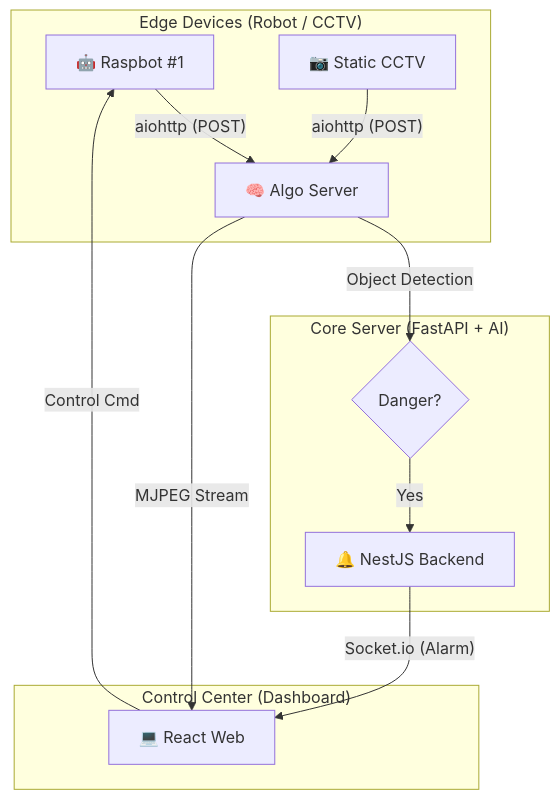
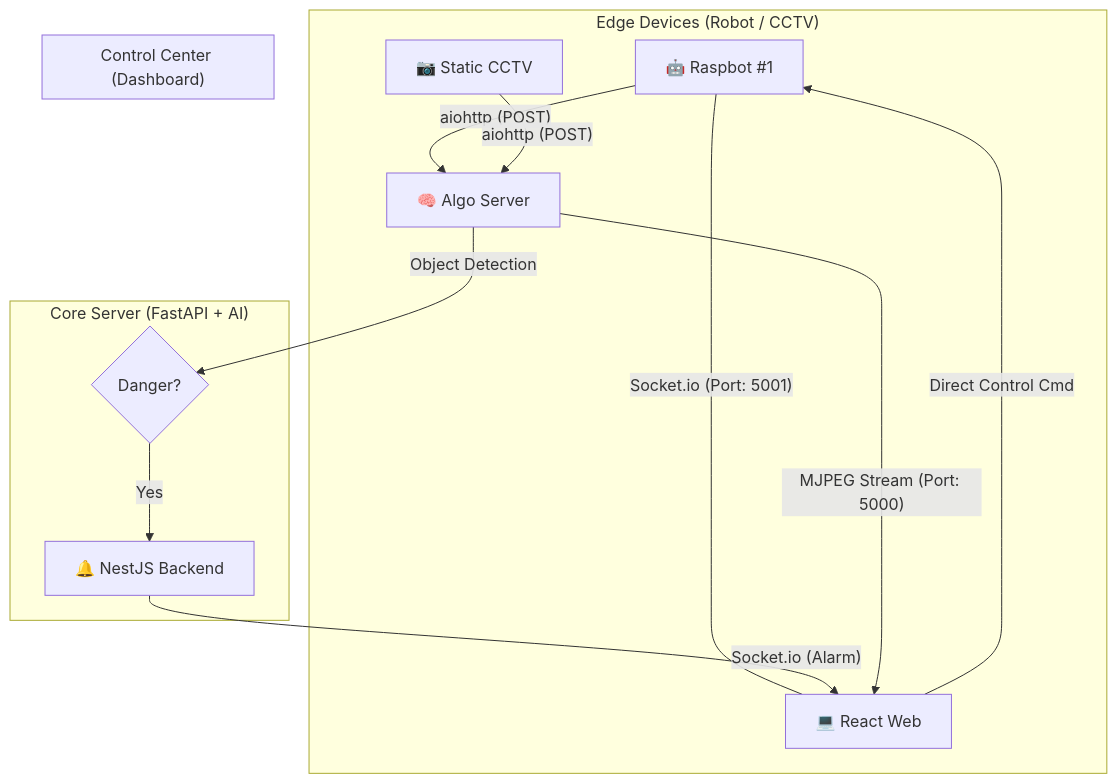
The first of 2 diagrams in README.md (thisNorm/lab-guardian), drawn with Mermaid before and after one commit. The commit also changed other lines of this file, not shown here.

````diff
--- a/README.md
+++ b/README.md
@@ -33,18 +33,19 @@
 ```mermaid
 graph TD
     subgraph "Edge Devices (Robot / CCTV)"
         A[🤖 Raspbot #1] -- aiohttp (POST) --> C
         B[📷 Static CCTV] -- aiohttp (POST) --> C
+        A -- Socket.io (Port: 5001) --- F
     end
 
     subgraph "Core Server (FastAPI + AI)"
         C[🧠 Algo Server] -- Object Detection --> D{Danger?}
         D -- Yes --> E[🔔 NestJS Backend]
     end
 
     subgraph "Control Center (Dashboard)"
         E -- Socket.io (Alarm) --> F[💻 React Web]
-        C -- MJPEG Stream --> F
-        F -- Control Cmd --> A
+        C -- MJPEG Stream (Port: 5000) --> F
+        F -- Direct Control Cmd --> A
     end
 ```
````
